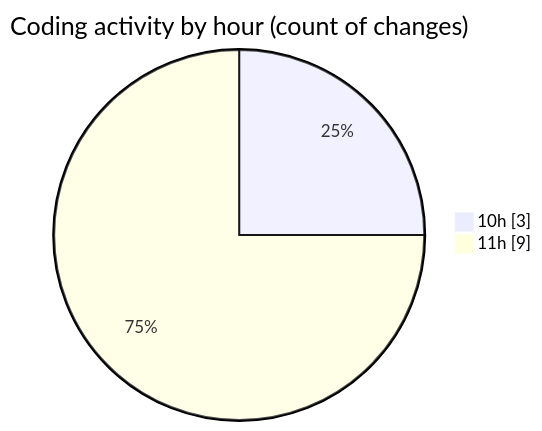
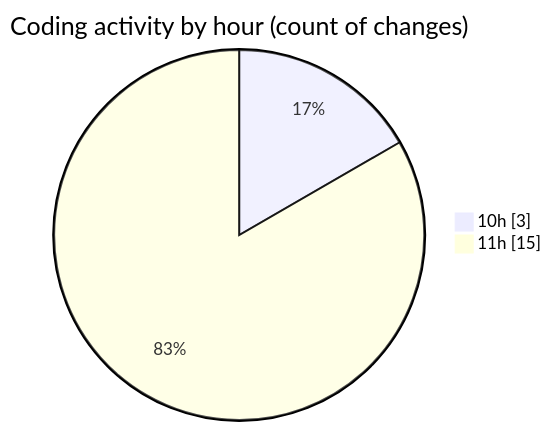
The second of 2 diagrams in 2025-09-19/nxtqube_webapp/README.md (nxtqubesakshisongat/code-tracking), drawn with Mermaid before and after one commit. The commit also changed other lines of this file and 1 other file, not shown here.

````diff
--- a/2025-09-19/nxtqube_webapp/README.md
+++ b/2025-09-19/nxtqube_webapp/README.md
@@ -30,6 +30,6 @@
 ```mermaid
 pie showData
 title Coding activity by hour (count of changes)
 "10h" : 3
-"11h" : 9
+"11h" : 15
 ```
````
